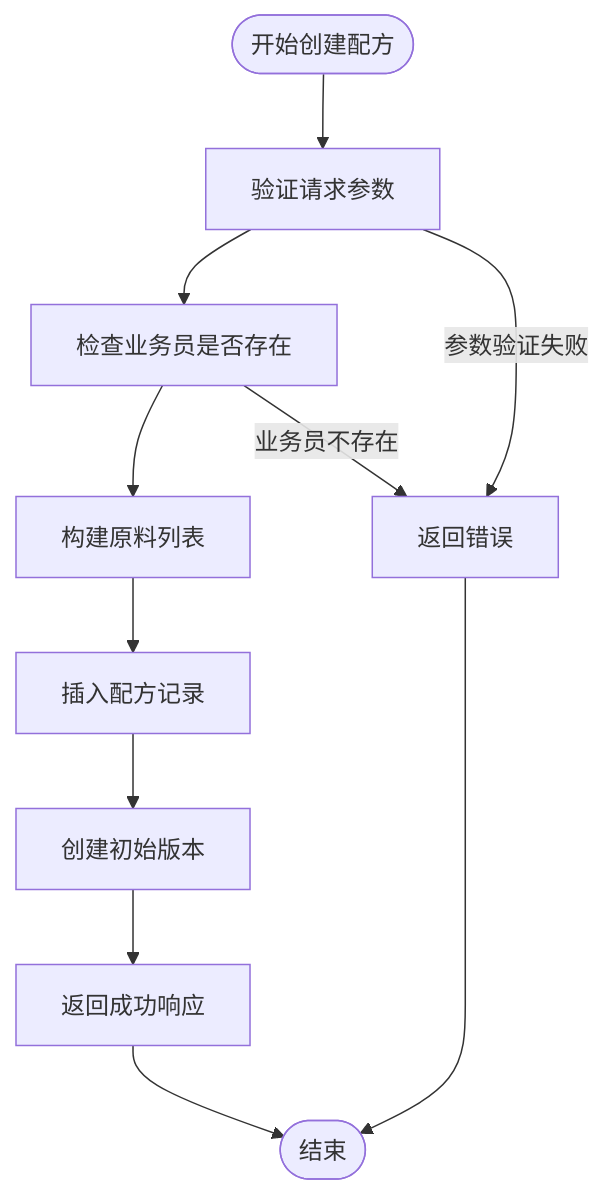
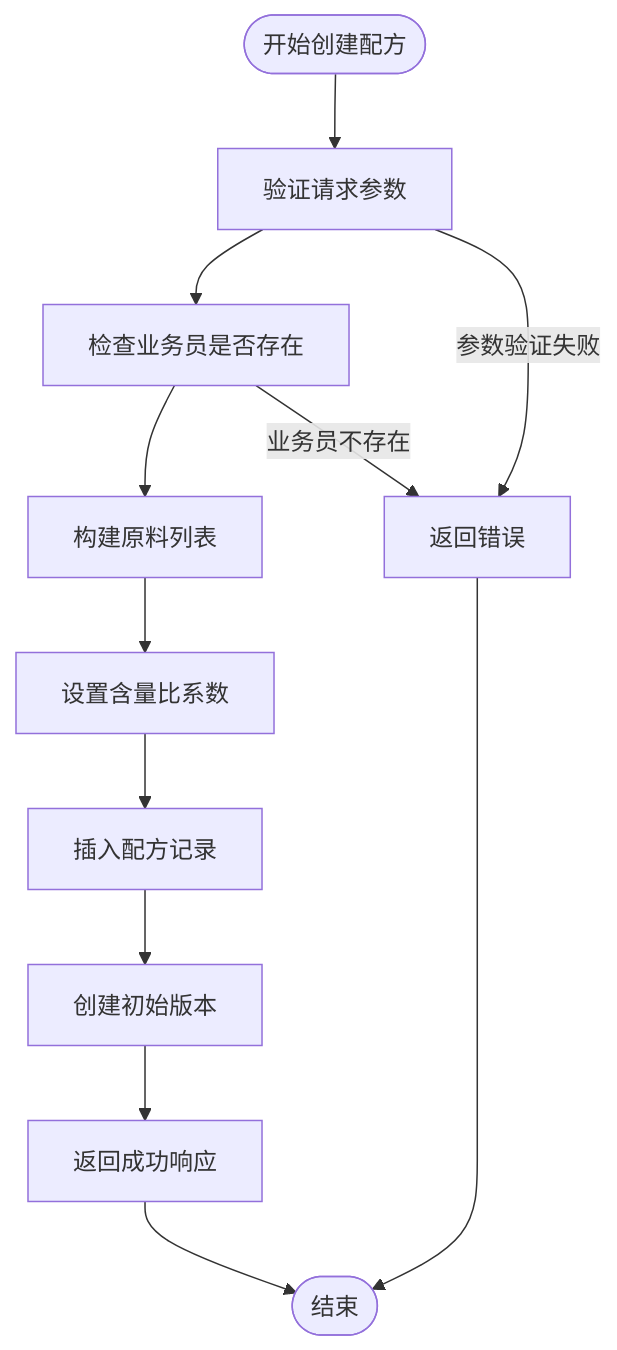
The third of 8 diagrams in .qoder/repowiki/zh/content/数据库设计/表结构详解/配方表 (formulas).md (xpretycn/TingStudio), drawn with Mermaid before and after one commit. The commit also changed other lines of this file and 26 other files, not shown here.

First line of the commit message:
docs(api): 更新文档支持移除和新增 ratioFactor 参数

````diff
--- a/.qoder/repowiki/zh/content/数据库设计/表结构详解/配方表 (formulas).md
+++ b/.qoder/repowiki/zh/content/数据库设计/表结构详解/配方表 (formulas).md
@@ -137,13 +151,14 @@
 ```mermaid
 flowchart TD
 Start([开始创建配方]) --> Validate["验证请求参数"]
 Validate --> CheckSalesman["检查业务员是否存在"]
 CheckSalesman --> BuildMaterials["构建原料列表"]
-BuildMaterials --> InsertFormula["插入配方记录"]
+BuildMaterials --> SetRatioFactor["设置含量比系数"]
+SetRatioFactor --> InsertFormula["插入配方记录"]
 InsertFormula --> CreateVersion["创建初始版本"]
 CreateVersion --> ReturnSuccess["返回成功响应"]
 CheckSalesman --> |业务员不存在| ReturnError["返回错误"]
 Validate --> |参数验证失败| ReturnError
 ReturnError --> End([结束])
 ReturnSuccess --> End
 ```
````
